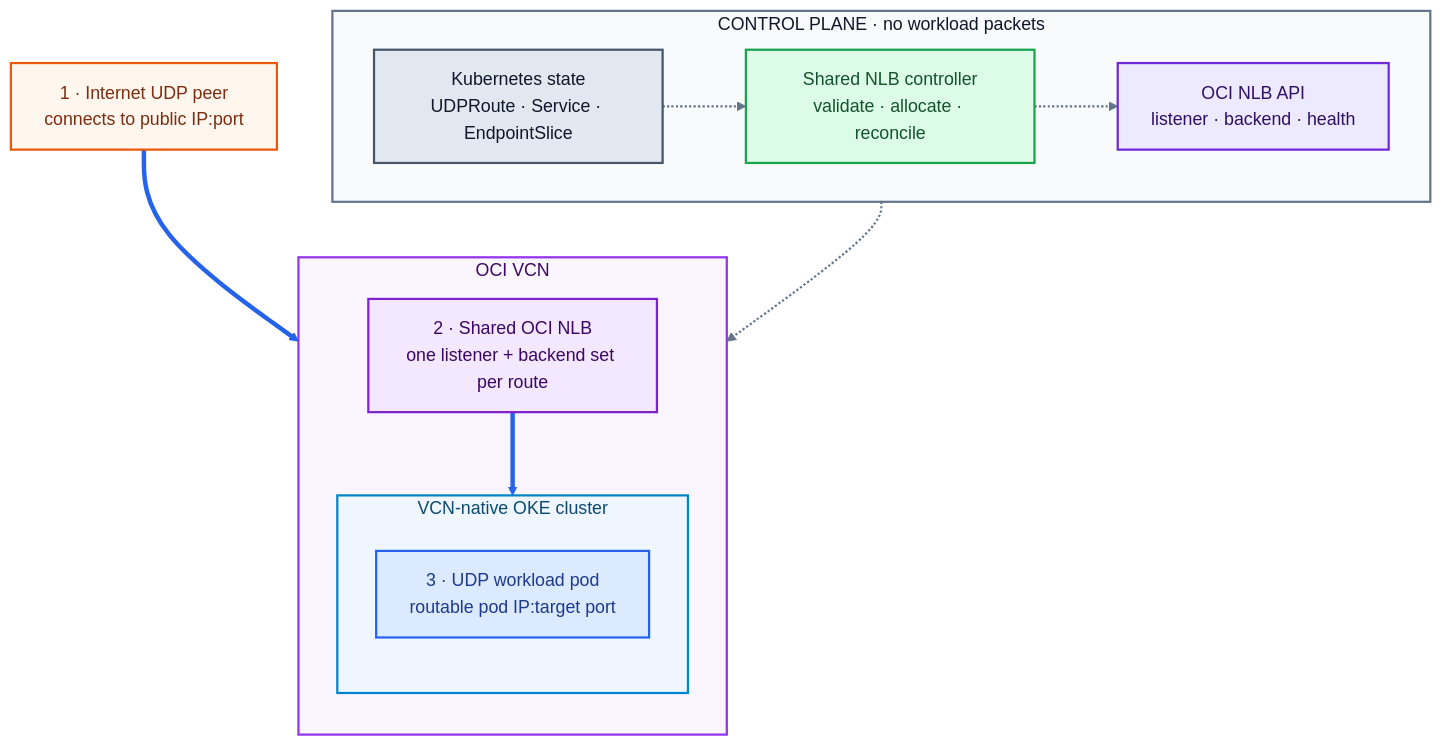
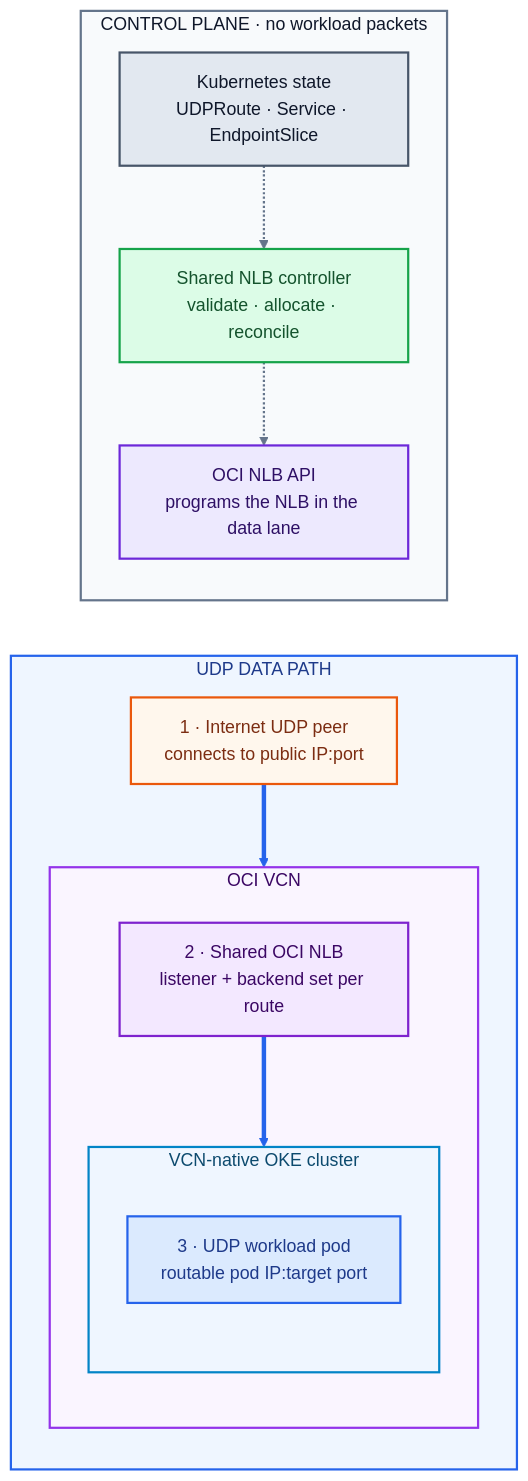
The first of 3 diagrams in README.md (RyanHelferich/oci-shared-nlb-gateway-controller), drawn with Mermaid before and after one commit. The commit also changed other lines of this file, not shown here.

Commit message:
Align README architecture lanes

````diff
--- a/README.md
+++ b/README.md
@@ -35,39 +35,43 @@
 ```mermaid
-flowchart TB
-  peer["1 · Internet UDP peer<br/>connects to public IP:port"]:::external
+flowchart LR
+  subgraph dataplane["UDP DATA PATH"]
+    direction TB
+    peer["1 · Internet UDP peer<br/>connects to public IP:port"]:::external
 
-  subgraph vcn["OCI VCN"]
-    direction TB
-    nlb["2 · Shared OCI NLB<br/>one listener + backend set per route"]:::oci
+    subgraph vcn["OCI VCN"]
+      direction TB
+      nlb["2 · Shared OCI NLB<br/>listener + backend set per route"]:::oci
 
-    subgraph oke["VCN-native OKE cluster"]
-      direction TB
-      pod["3 · UDP workload pod<br/>routable pod IP:target port"]:::workload
+      subgraph oke["VCN-native OKE cluster"]
+        direction TB
+        pod["3 · UDP workload pod<br/>routable pod IP:target port"]:::workload
+      end
     end
+
+    peer ==> nlb
+    nlb ==> pod
   end
 
   subgraph control["CONTROL PLANE · no workload packets"]
-    direction LR
+    direction TB
     desired["Kubernetes state<br/>UDPRoute · Service · EndpointSlice"]:::k8s
     ctl["Shared NLB controller<br/>validate · allocate · reconcile"]:::controller
-    ociapi["OCI NLB API<br/>listener · backend · health"]:::ociapi
+    ociapi["OCI NLB API<br/>programs the NLB in the data lane"]:::ociapi
+
+    desired -.-> ctl
+    ctl -.-> ociapi
   end
-
-  peer ==> nlb
-  nlb ==> pod
-  desired -.-> ctl
-  ctl -.-> ociapi
-  ociapi -.-> nlb
 
   classDef external fill:#fff7ed,stroke:#ea580c,color:#7c2d12,stroke-width:2px;
   classDef oci fill:#f3e8ff,stroke:#7e22ce,color:#3b0764,stroke-width:2px;
   classDef ociapi fill:#ede9fe,stroke:#6d28d9,color:#2e1065,stroke-width:2px;
   classDef k8s fill:#e2e8f0,stroke:#475569,color:#0f172a,stroke-width:2px;
   classDef controller fill:#dcfce7,stroke:#16a34a,color:#14532d,stroke-width:2px;
   classDef workload fill:#dbeafe,stroke:#2563eb,color:#1e3a8a,stroke-width:2px;
+  style dataplane fill:#eff6ff,stroke:#2563eb,stroke-width:2px,color:#1e3a8a
   style vcn fill:#faf5ff,stroke:#9333ea,stroke-width:2px,color:#3b0764
   style oke fill:#eff6ff,stroke:#0284c7,stroke-width:2px,color:#0c4a6e
   style control fill:#f8fafc,stroke:#64748b,stroke-width:2px,color:#0f172a
   linkStyle 0,1 stroke:#2563eb,stroke-width:4px;
-  linkStyle 2,3,4 stroke:#64748b,stroke-width:2px;
+  linkStyle 2,3 stroke:#64748b,stroke-width:2px;
 ```
````
